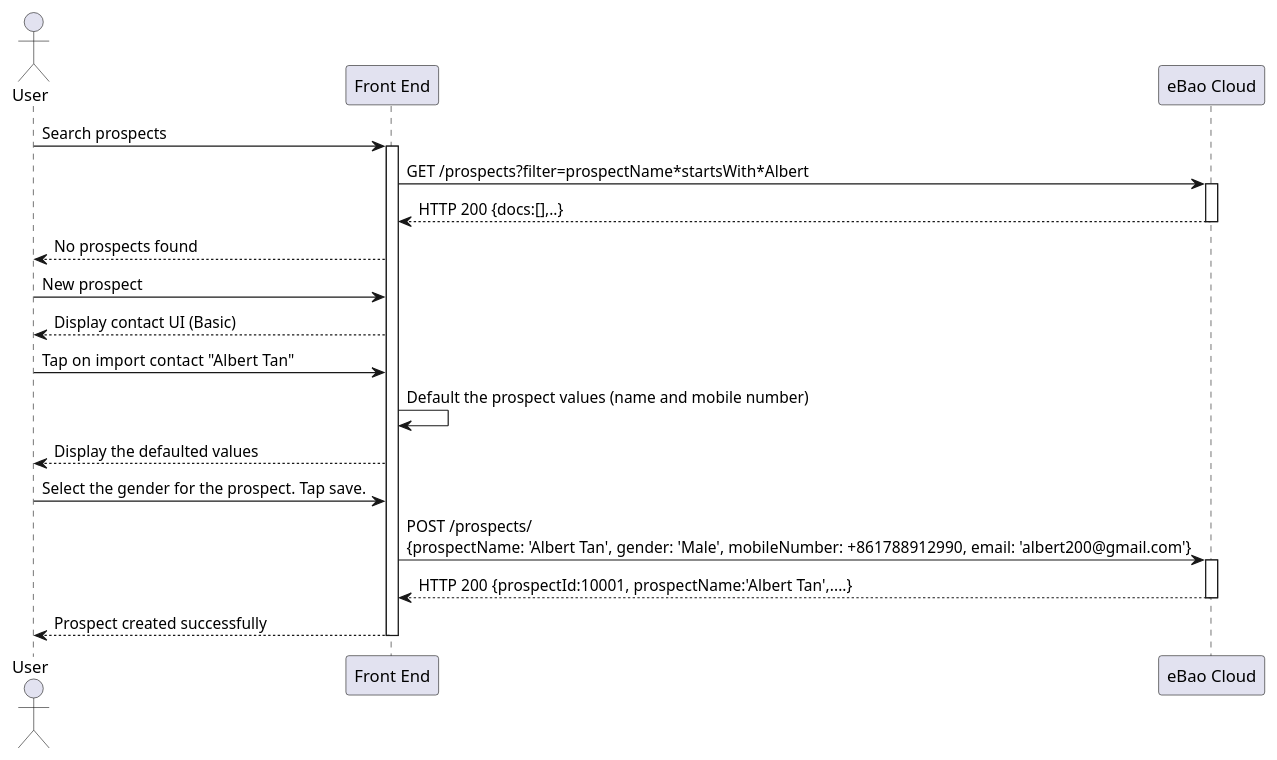
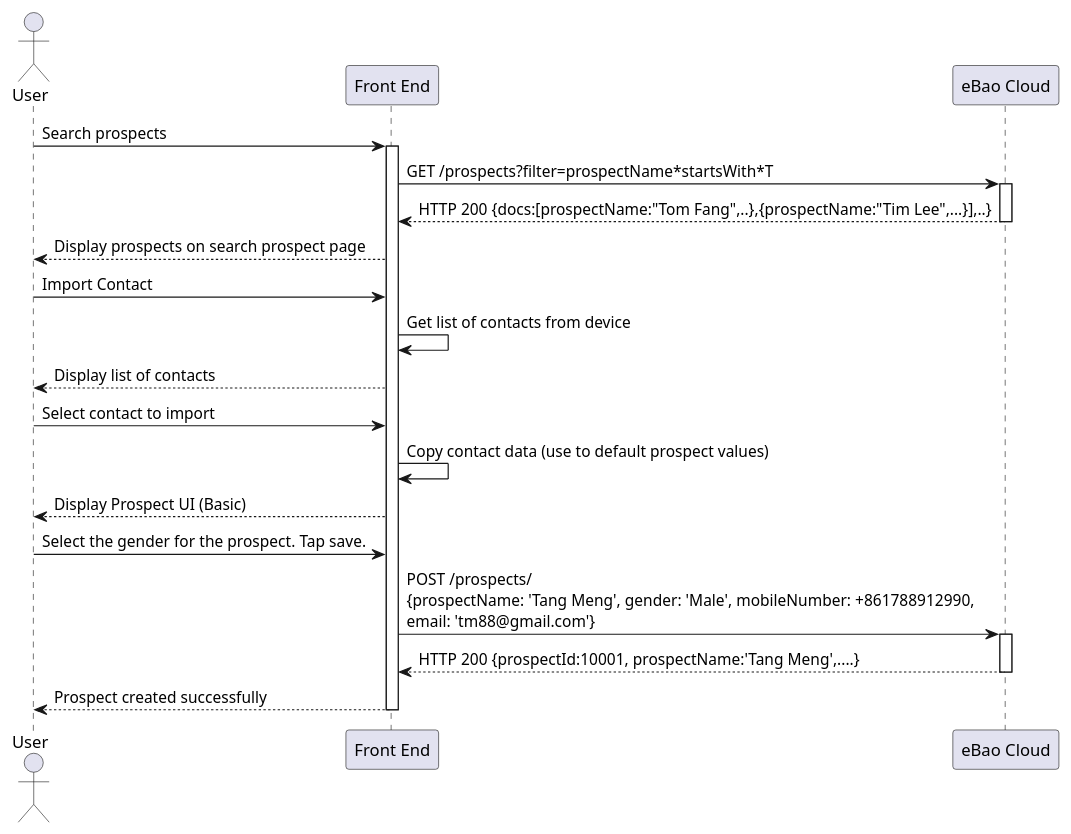
One commit to yitchoong/cloudapi changed the third of 9 diagrams in markdown/prospects.md. Above: the diagram before and after it, drawn with PlantUML. The commit also changed other lines of this file and 3 other files, not shown here.

````diff
--- a/markdown/prospects.md
+++ b/markdown/prospects.md
@@ -101,24 +135,25 @@
   ```puml
   actor User
   participant "Front End" as F
   participant "eBao Cloud" as ebao
   User -> F : Search prospects
   activate F
-  F -> ebao : GET /prospects?filter=prospectName*startsWith*Albert
+  F -> ebao : GET /prospects?filter=prospectName*startsWith*T
   activate ebao
-  ebao --> F : HTTP 200 {docs:[],..}
+  ebao --> F : HTTP 200 {docs:[prospectName:"Tom Fang",..},{prospectName:"Tim Lee",...}],..}
   deactivate ebao
-  F --> User: No prospects found
-  User -> F : New prospect
-  F --> User : Display contact UI (Basic)
-  User -> F : Tap on import contact "Albert Tan"
-  F -> F : Default the prospect values (name and mobile number)
-  F --> User : Display the defaulted values
+  F --> User: Display prospects on search prospect page
+  User -> F : Import Contact
+  F -> F : Get list of contacts from device
+  F --> User : Display list of contacts
+  User -> F : Select contact to import
+  F -> F : Copy contact data (use to default prospect values)
+  F --> User : Display Prospect UI (Basic)
   User -> F : Select the gender for the prospect. Tap save.
-  F -> ebao : POST /prospects/\n{prospectName: 'Albert Tan', gender: 'Male', mobileNumber: +861788912990, email: 'albert200@gmail.com'}
+  F -> ebao : POST /prospects/\n{prospectName: 'Tang Meng', gender: 'Male', mobileNumber: +861788912990, \nemail: 'tm88@gmail.com'}
   activate ebao
-  ebao --> F : HTTP 200 {prospectId:10001, prospectName:'Albert Tan',....}
+  ebao --> F : HTTP 200 {prospectId:10001, prospectName:'Tang Meng',....}
   deactivate ebao
   F --> User : Prospect created successfully
   deactivate F
   ```
````
